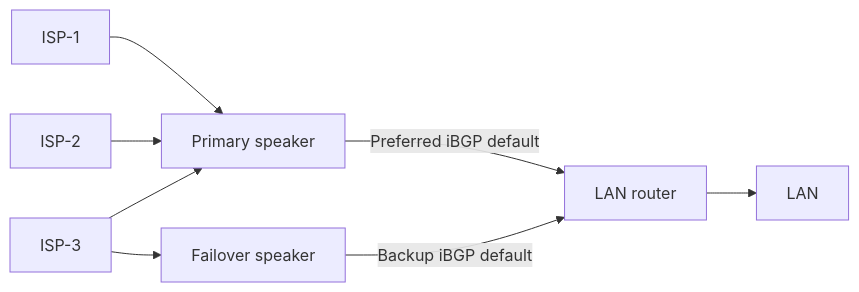
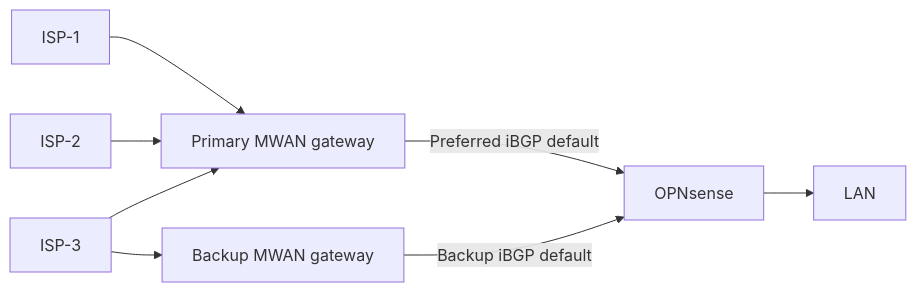
One commit to agoodkind/mwan changed the first of 3 diagrams in docs/mwan.md. Above: the diagram before and after it, drawn with Mermaid. The commit also changed other lines of this file, not shown here.

Commit message:
Explain MWAN origin and gateway roles in documentation

````diff
--- a/docs/mwan.md
+++ b/docs/mwan.md
@@ -19,10 +30,10 @@
 ```mermaid
 flowchart LR
-  isp1[ISP-1] --> primary[Primary speaker]
+  isp1[ISP-1] --> primary[Primary MWAN gateway]
   isp2[ISP-2] --> primary
   isp3[ISP-3] --> primary
-  isp3 --> fallback[Failover speaker]
-  primary -->|Preferred iBGP default| router[LAN router]
+  isp3 --> fallback[Backup MWAN gateway]
+  primary -->|Preferred iBGP default| router[OPNsense]
   fallback -->|Backup iBGP default| router
   router --> lan[LAN]
 ```
````
